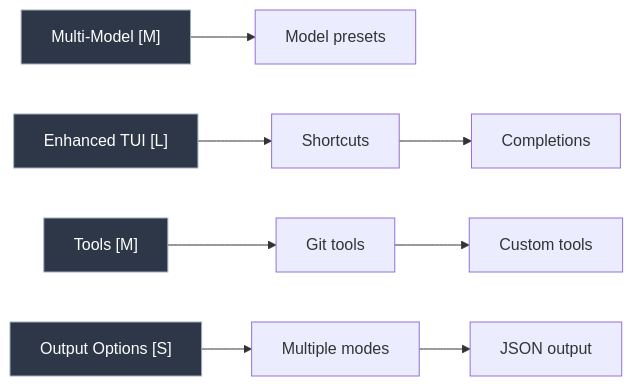
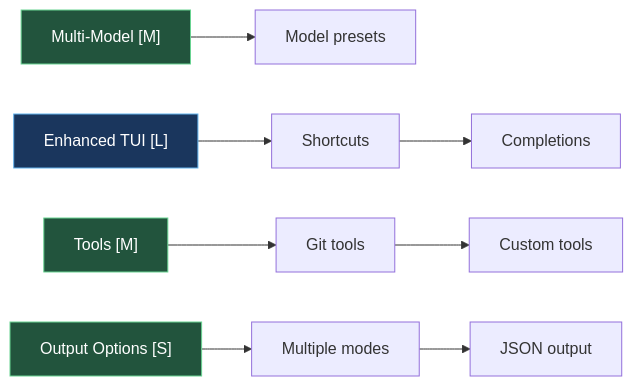
One commit to Miguel-EpicJS/ash-cli changed the fourth of 8 diagrams in ROADMAP.md. Above: the diagram before and after it, drawn with Mermaid. The commit also changed other lines of this file and 2 other files, not shown here.

````diff
--- a/ROADMAP.md
+++ b/ROADMAP.md
@@ -158,18 +158,18 @@
 ```mermaid
 flowchart LR
     A0["Multi-Model [M]"] --> A1[Model presets]
     
     B0["Enhanced TUI [L]"] --> B1[Shortcuts]
     B1 --> B2[Completions]
     
     C0["Tools [M]"] --> C1[Git tools]
     C1 --> C2[Custom tools]
     
     D0["Output Options [S]"] --> D1[Multiple modes]
     D1 --> D2[JSON output]
     
-    style A0 fill:#2d3748,stroke:#a0aec0,color:#fff
-    style B0 fill:#2d3748,stroke:#a0aec0,color:#fff
-    style C0 fill:#2d3748,stroke:#a0aec0,color:#fff
-    style D0 fill:#2d3748,stroke:#a0aec0,color:#fff
+    style A0 fill:#22543d,stroke:#68d391,color:#fff
+    style B0 fill:#1a365d,stroke:#63b3ed,color:#fff
+    style C0 fill:#22543d,stroke:#68d391,color:#fff
+    style D0 fill:#22543d,stroke:#68d391,color:#fff
 ```
````
